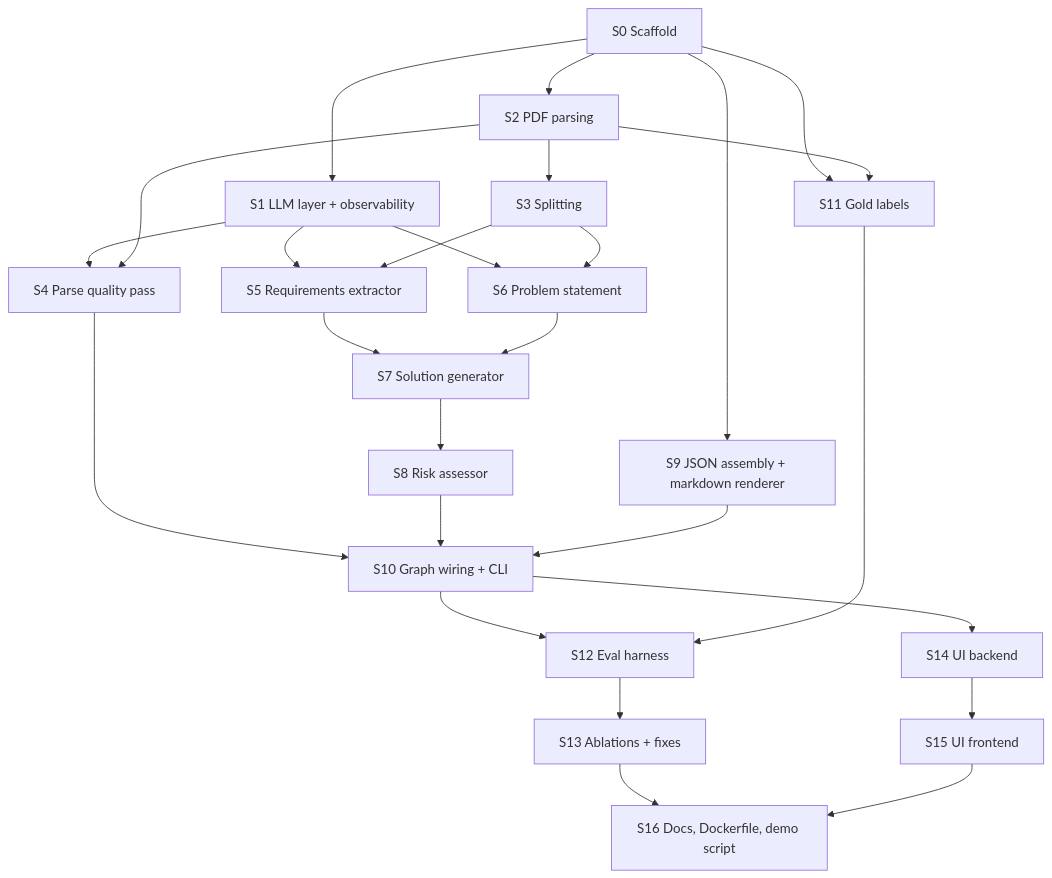
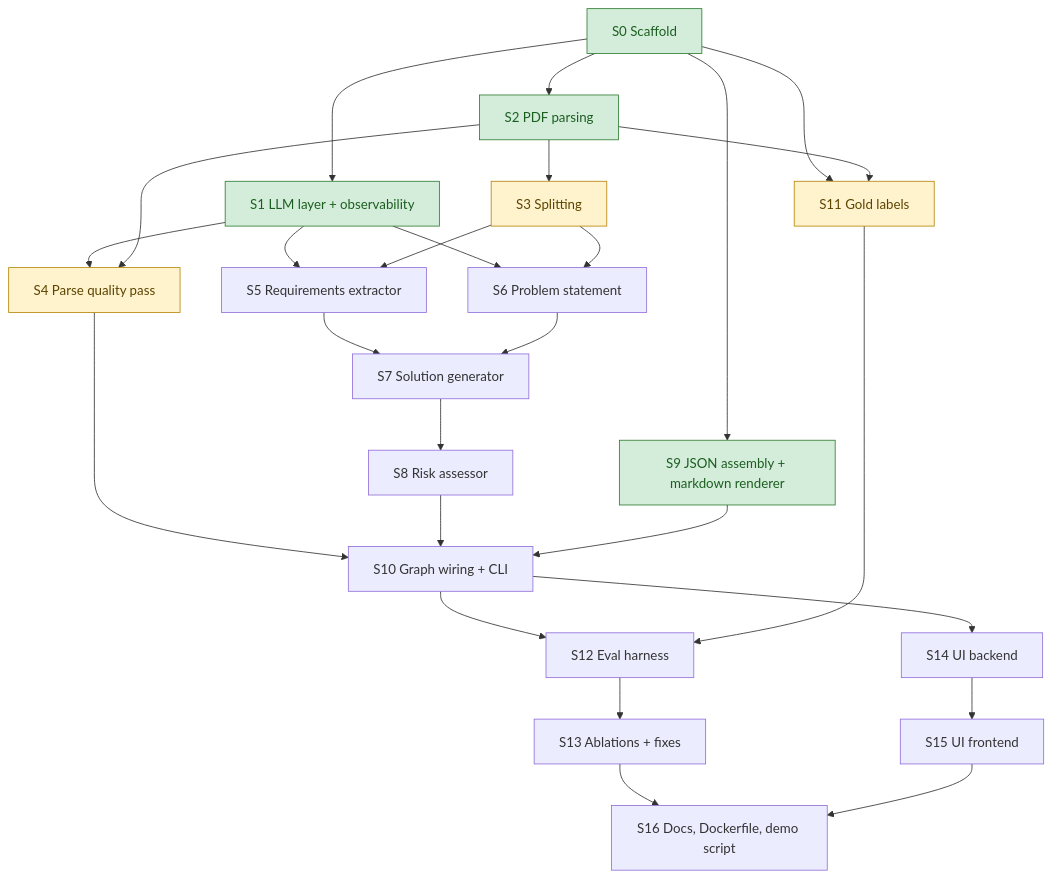
The second of 2 diagrams in docs/ROADMAP.md (lofeodo/rfp-solution-summary-generator), drawn with Mermaid before and after one commit. The commit also changed other lines of this file, not shown here.

Commit message:
Roadmap: mark done and ready steps in the dependency graph

````diff
--- a/docs/ROADMAP.md
+++ b/docs/ROADMAP.md
@@ -82,28 +82,33 @@
 ```mermaid
 flowchart TD
     S0[S0 Scaffold] --> S1[S1 LLM layer + observability]
     S0 --> S2[S2 PDF parsing]
     S0 --> S9[S9 JSON assembly + markdown renderer]
     S0 --> S11[S11 Gold labels]
     S2 --> S3[S3 Splitting]
     S1 --> S4[S4 Parse quality pass]
     S2 --> S4
     S1 --> S5[S5 Requirements extractor]
     S3 --> S5
     S1 --> S6[S6 Problem statement]
     S3 --> S6
     S5 --> S7[S7 Solution generator]
     S6 --> S7
     S7 --> S8[S8 Risk assessor]
     S4 --> S10[S10 Graph wiring + CLI]
     S8 --> S10
     S9 --> S10
     S2 --> S11
     S10 --> S12[S12 Eval harness]
     S11 --> S12
     S12 --> S13[S13 Ablations + fixes]
     S10 --> S14[S14 UI backend]
     S14 --> S15[S15 UI frontend]
     S13 --> S16[S16 Docs, Dockerfile, demo script]
     S15 --> S16
+
+    classDef done fill:#d4edda,stroke:#2e7d32,color:#1b5e20
+    classDef ready fill:#fff3cd,stroke:#b8860b,color:#5c4400
+    class S0,S1,S2,S9 done
+    class S3,S4,S11 ready
 ```
````
